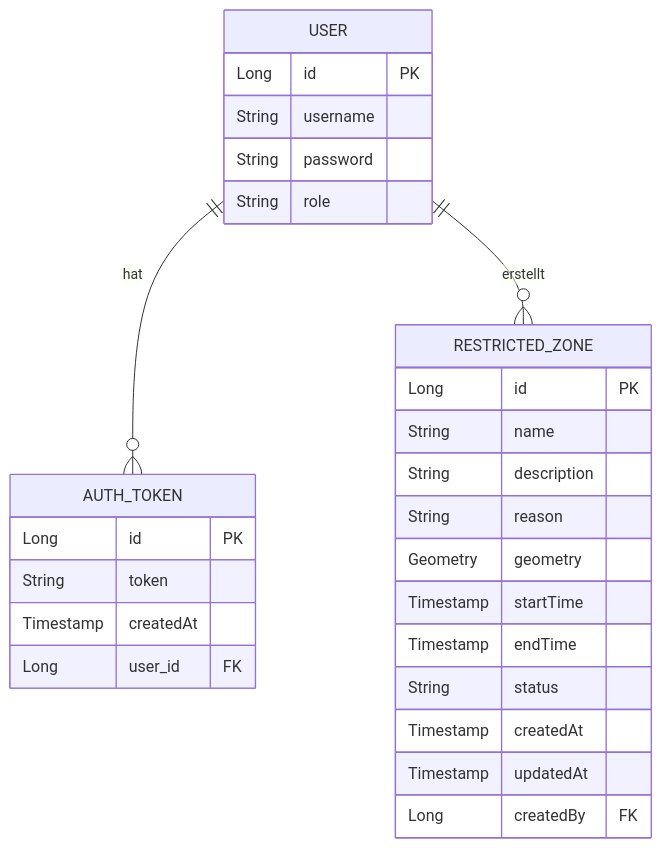
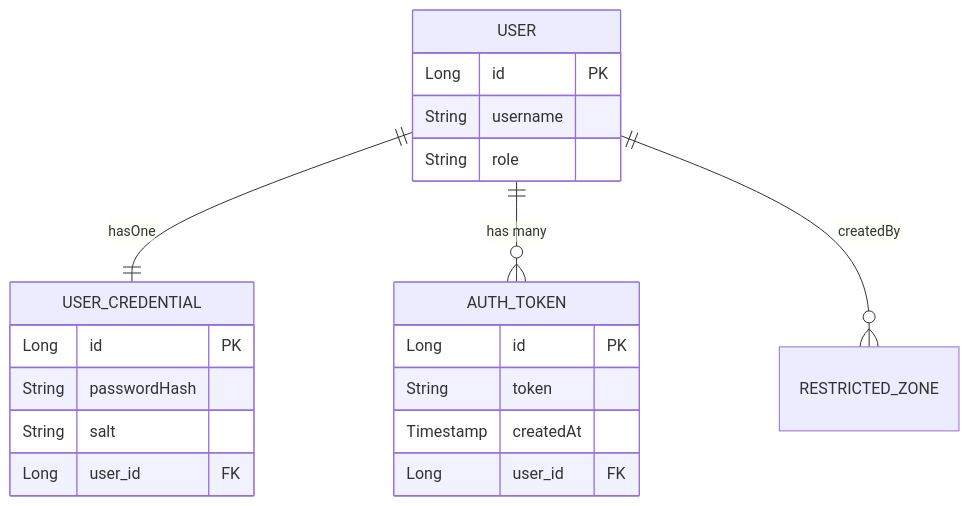
One commit to g8rdier/urban-flow-governance changed the first of 9 diagrams in docs/domain/USER_MANAGEMENT.md. Above: the diagram before and after it, drawn with Mermaid. The commit also changed other lines of this file, not shown here.

Commit message:
docs: Streamlined User Mgmt docs

````diff
--- a/docs/domain/USER_MANAGEMENT.md
+++ b/docs/domain/USER_MANAGEMENT.md
@@ -3,33 +11,26 @@
 ```mermaid
 erDiagram
     USER {
         Long id PK
         String username
-        String password
-		String role
+        String role
     }
 
-	AUTH_TOKEN {
-		Long id PK
-		String token
-		Timestamp createdAt
-		Long user_id FK
+    USER_CREDENTIAL {
+        Long id PK
+        String passwordHash
+        String salt
+        Long user_id FK
     }
 
-	USER ||--o{ AUTH_TOKEN : "hat"
-    USER ||--o{ RESTRICTED_ZONE : "erstellt"
+    AUTH_TOKEN {
+        Long id PK
+        String token
+        Timestamp createdAt
+        Long user_id FK
+    }
 
-    RESTRICTED_ZONE {
-        Long id PK
-        String name
-        String description
-        String reason
-        Geometry geometry
-        Timestamp startTime
-        Timestamp endTime
-        String status
-        Timestamp createdAt
-        Timestamp updatedAt
-        Long createdBy FK
-    }
+    USER ||--|| USER_CREDENTIAL : "hasOne"
+    USER ||--o{ AUTH_TOKEN : "has many"
+    USER ||--o{ RESTRICTED_ZONE : "createdBy"
 ```
````
